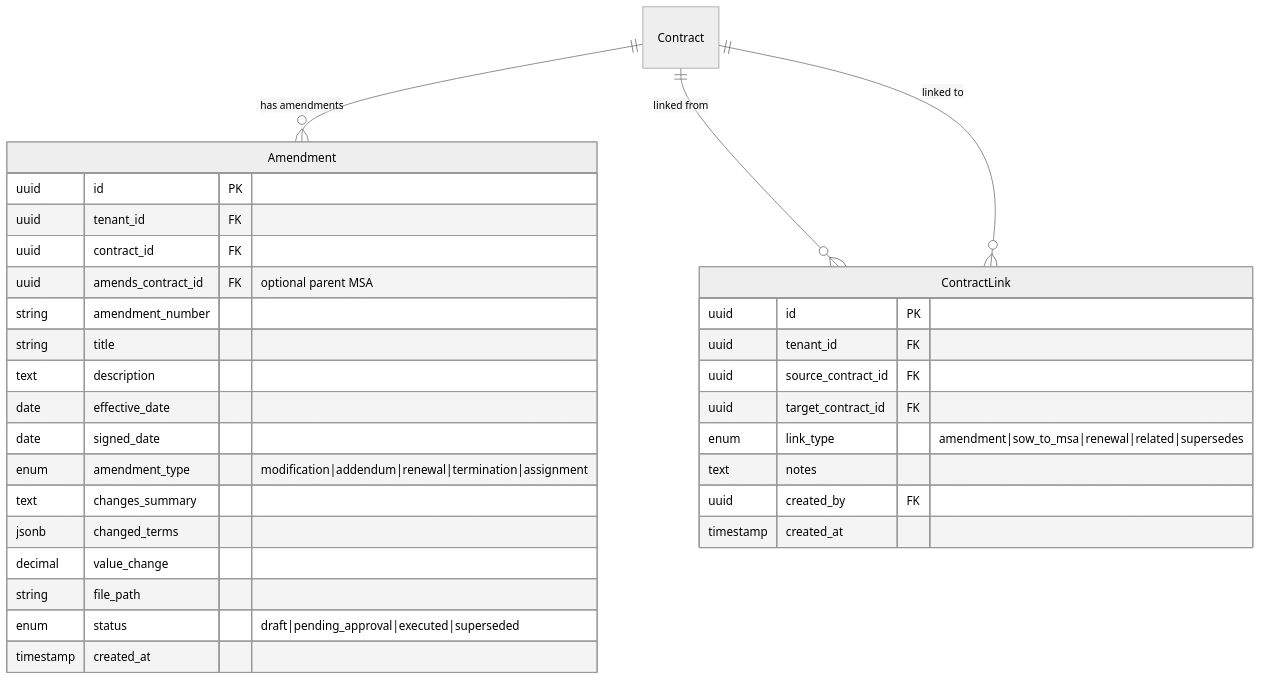
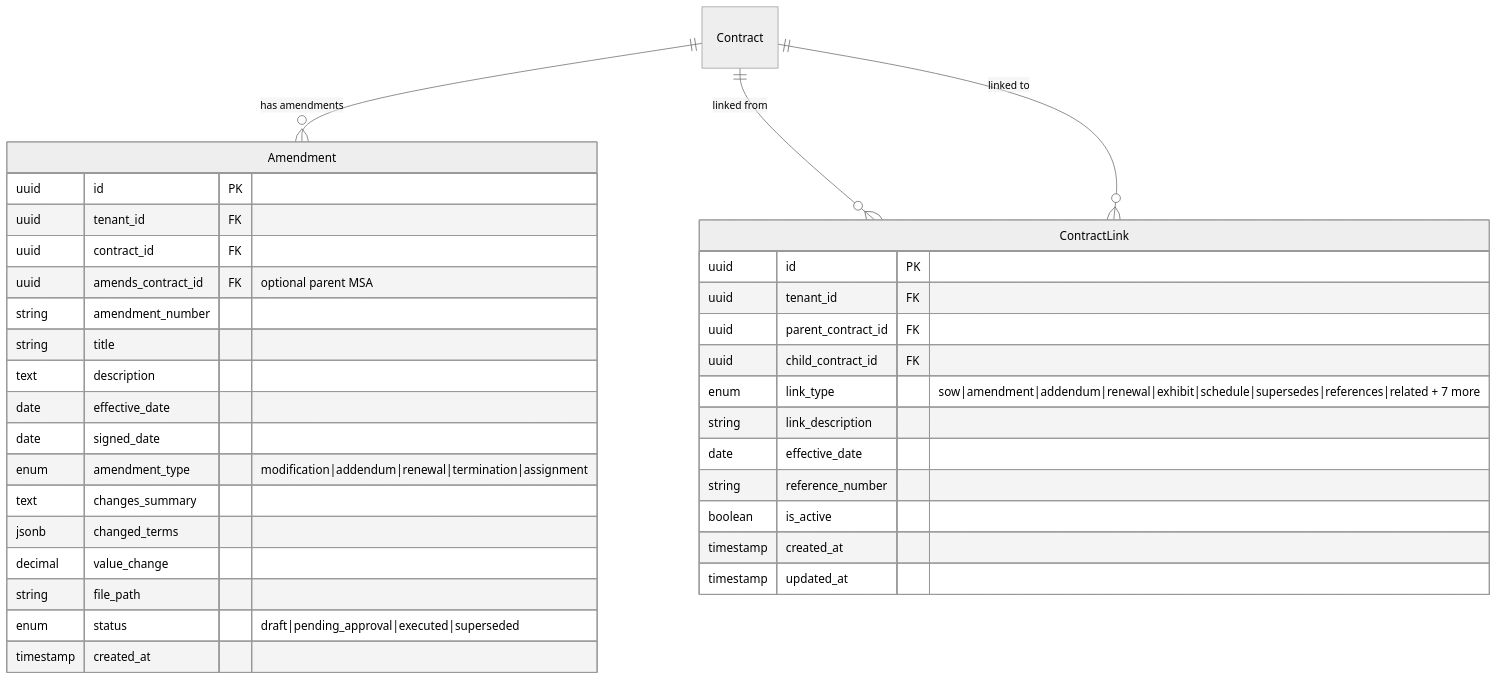
Before and after one commit to jjayarajdev/clm-evaluetor: the eighth of 33 diagrams in docs/DATA_MODEL.md, drawn with Mermaid (neutral theme). The commit also changed other lines of this file and 6 other files, not shown here.

First line of the commit message:
docs: Update all project docs with schema library, contract linking, and metadata extraction progress

````diff
--- a/docs/DATA_MODEL.md
+++ b/docs/DATA_MODEL.md
@@ -318,36 +318,39 @@
 ```mermaid
 erDiagram
     Contract ||--o{ Amendment : "has amendments"
     Contract ||--o{ ContractLink : "linked from"
     Contract ||--o{ ContractLink : "linked to"
 
     Amendment {
         uuid id PK
         uuid tenant_id FK
         uuid contract_id FK
         uuid amends_contract_id FK "optional parent MSA"
         string amendment_number
         string title
         text description
         date effective_date
         date signed_date
         enum amendment_type "modification|addendum|renewal|termination|assignment"
         text changes_summary
         jsonb changed_terms
         decimal value_change
         string file_path
         enum status "draft|pending_approval|executed|superseded"
         timestamp created_at
     }
 
     ContractLink {
         uuid id PK
         uuid tenant_id FK
-        uuid source_contract_id FK
-        uuid target_contract_id FK
-        enum link_type "amendment|sow_to_msa|renewal|related|supersedes"
-        text notes
-        uuid created_by FK
+        uuid parent_contract_id FK
+        uuid child_contract_id FK
+        enum link_type "sow|amendment|addendum|renewal|exhibit|schedule|supersedes|references|related + 7 more"
+        string link_description
+        date effective_date
+        string reference_number
+        boolean is_active
         timestamp created_at
+        timestamp updated_at
     }
 ```
````
